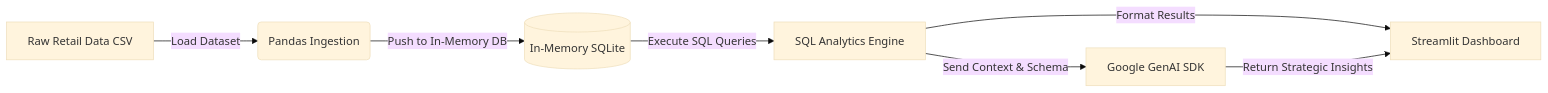
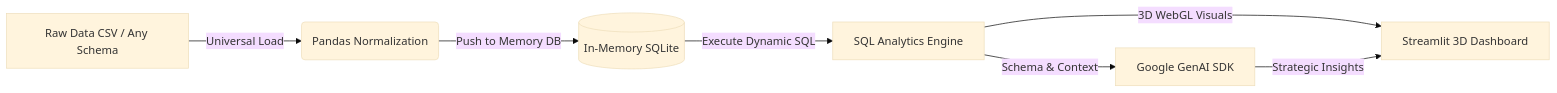
The diagram in README.md (Lasya-Kolluru/AI-Powered-Retail-Analytics-Dashboard), drawn with Mermaid (base theme) before and after one commit. The commit also changed other lines of this file, not shown here.

Commit message:
docs: add live Streamlit Community Cloud URL and 3D features to README

````diff
--- a/README.md
+++ b/README.md
@@ -14,9 +23,9 @@
 ```mermaid
 graph LR
-    A[Raw Retail Data CSV] -->|Load Dataset| B(Pandas Ingestion)
-    B -->|Push to In-Memory DB| C[(In-Memory SQLite)]
-    C -->|Execute SQL Queries| D[SQL Analytics Engine]
-    D -->|Format Results| E[Streamlit Dashboard]
-    D -->|Send Context & Schema| F[Google GenAI SDK]
-    F -->|Return Strategic Insights| E
+    A[Raw Data CSV / Any Schema] -->|Universal Load| B(Pandas Normalization)
+    B -->|Push to Memory DB| C[(In-Memory SQLite)]
+    C -->|Execute Dynamic SQL| D[SQL Analytics Engine]
+    D -->|3D WebGL Visuals| E[Streamlit 3D Dashboard]
+    D -->|Schema & Context| F[Google GenAI SDK]
+    F -->|Strategic Insights| E
 ```
````
